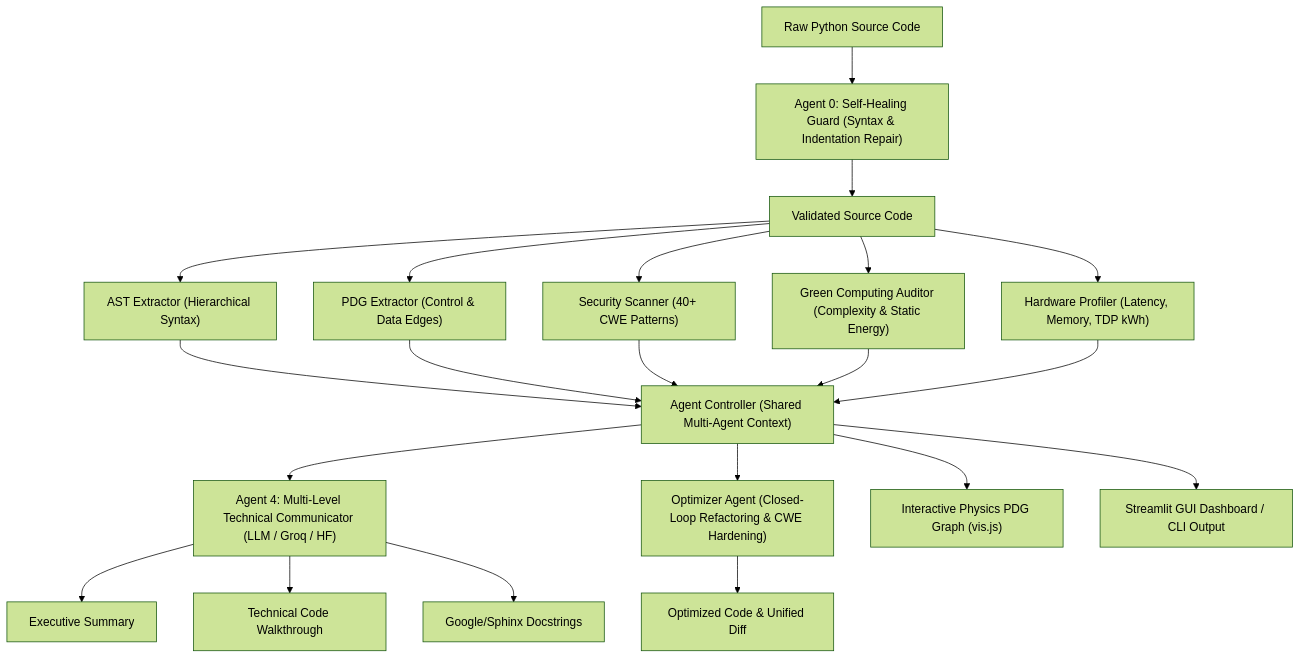
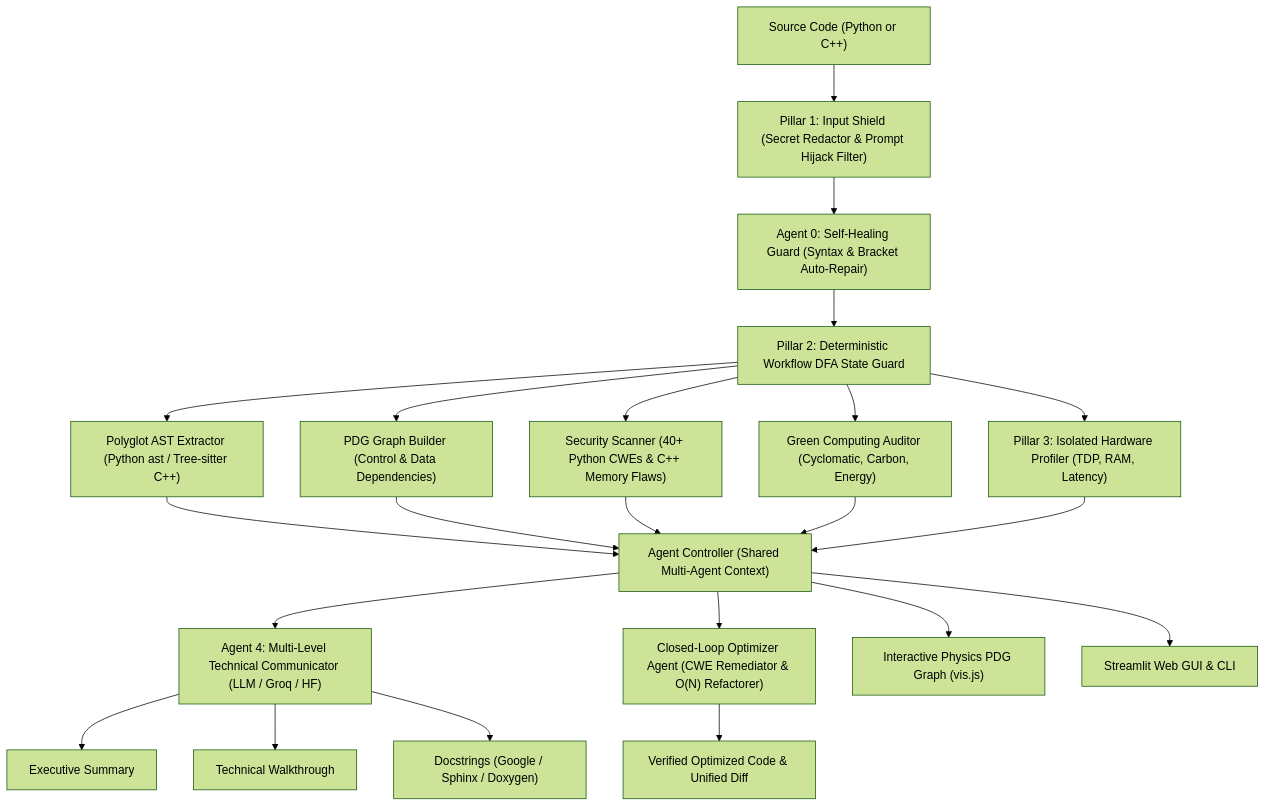
One commit to sathwik-ms/25csb1a22_25csb1a04_code_summarization changed the diagram in README.md. Above: the diagram before and after it, drawn with Mermaid (forest theme). The commit also changed other lines of this file, not shown here.

Commit message:
docs: update README with polyglot engine, 4-pillar agent security, and official contributors

````diff
--- a/README.md
+++ b/README.md
@@ -55,24 +66,25 @@
 ```mermaid
 flowchart TD
-    A["Raw Python Source Code"] --> B["Agent 0: Self-Healing Guard (Syntax & Indentation Repair)"]
-    B --> C["Validated Source Code"]
+    A["Source Code (Python or C++)"] --> B["Pillar 1: Input Shield (Secret Redactor & Prompt Hijack Filter)"]
+    B --> C["Agent 0: Self-Healing Guard (Syntax & Bracket Auto-Repair)"]
+    C --> D["Pillar 2: Deterministic Workflow DFA State Guard"]
     
-    C --> D1["AST Extractor (Hierarchical Syntax)"]
-    C --> D2["PDG Extractor (Control & Data Edges)"]
-    C --> D3["Security Scanner (40+ CWE Patterns)"]
-    C --> D4["Green Computing Auditor (Complexity & Static Energy)"]
-    C --> D5["Hardware Profiler (Latency, Memory, TDP kWh)"]
+    D --> E1["Polyglot AST Extractor (Python ast / Tree-sitter C++)"]
+    D --> E2["PDG Graph Builder (Control & Data Dependencies)"]
+    D --> E3["Security Scanner (40+ Python CWEs & C++ Memory Flaws)"]
+    D --> E4["Green Computing Auditor (Cyclomatic, Carbon, Energy)"]
+    D --> E5["Pillar 3: Isolated Hardware Profiler (TDP, RAM, Latency)"]
     
-    D1 & D2 & D3 & D4 & D5 --> E["Agent Controller (Shared Multi-Agent Context)"]
+    E1 & E2 & E3 & E4 & E5 --> F["Agent Controller (Shared Multi-Agent Context)"]
     
-    E --> F["Agent 4: Multi-Level Technical Communicator (LLM / Groq / HF)"]
-    F --> G1["Executive Summary"]
-    F --> G2["Technical Code Walkthrough"]
-    F --> G3["Google/Sphinx Docstrings"]
+    F --> G["Agent 4: Multi-Level Technical Communicator (LLM / Groq / HF)"]
+    G --> H1["Executive Summary"]
+    G --> H2["Technical Walkthrough"]
+    G --> H3["Docstrings (Google / Sphinx / Doxygen)"]
     
-    E --> H["Optimizer Agent (Closed-Loop Refactoring & CWE Hardening)"]
-    H --> I["Optimized Code & Unified Diff"]
+    F --> I["Closed-Loop Optimizer Agent (CWE Remediator & O(N) Refactorer)"]
+    I --> J["Verified Optimized Code & Unified Diff"]
     
-    E --> J["Interactive Physics PDG Graph (vis.js)"]
-    E --> K["Streamlit GUI Dashboard / CLI Output"]
+    F --> K["Interactive Physics PDG Graph (vis.js)"]
+    F --> L["Streamlit Web GUI & CLI"]
 ```
````
